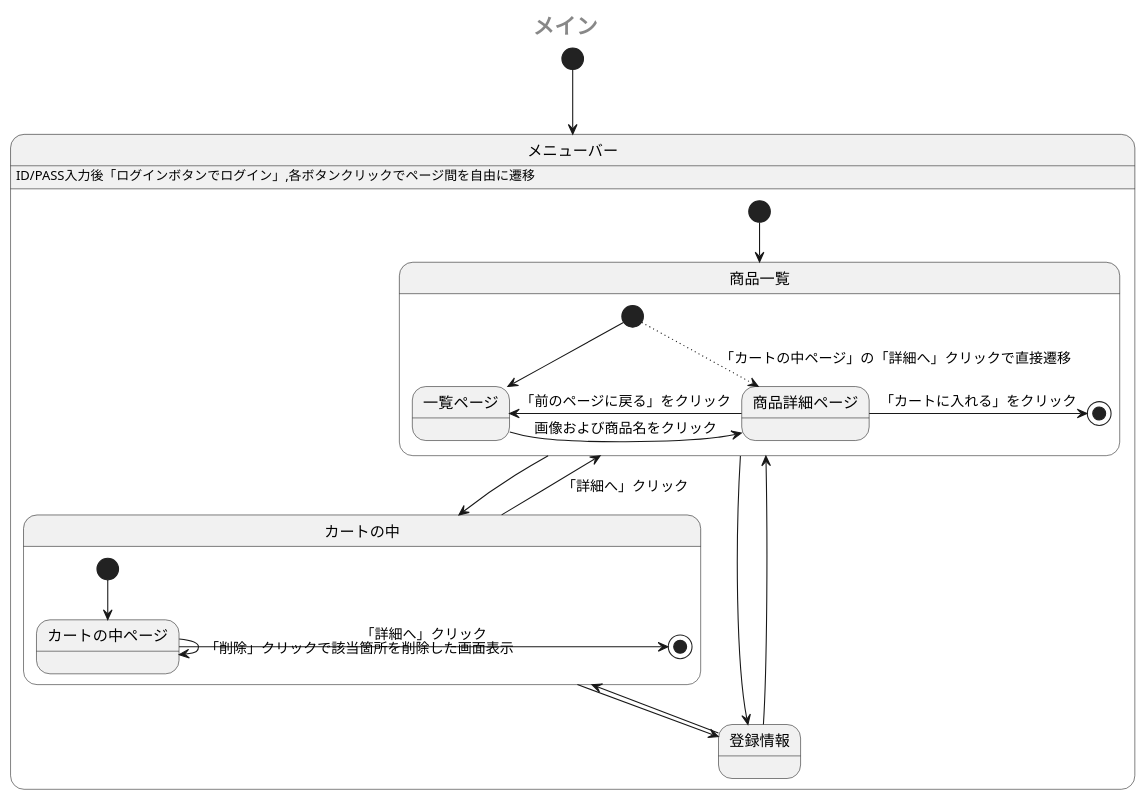
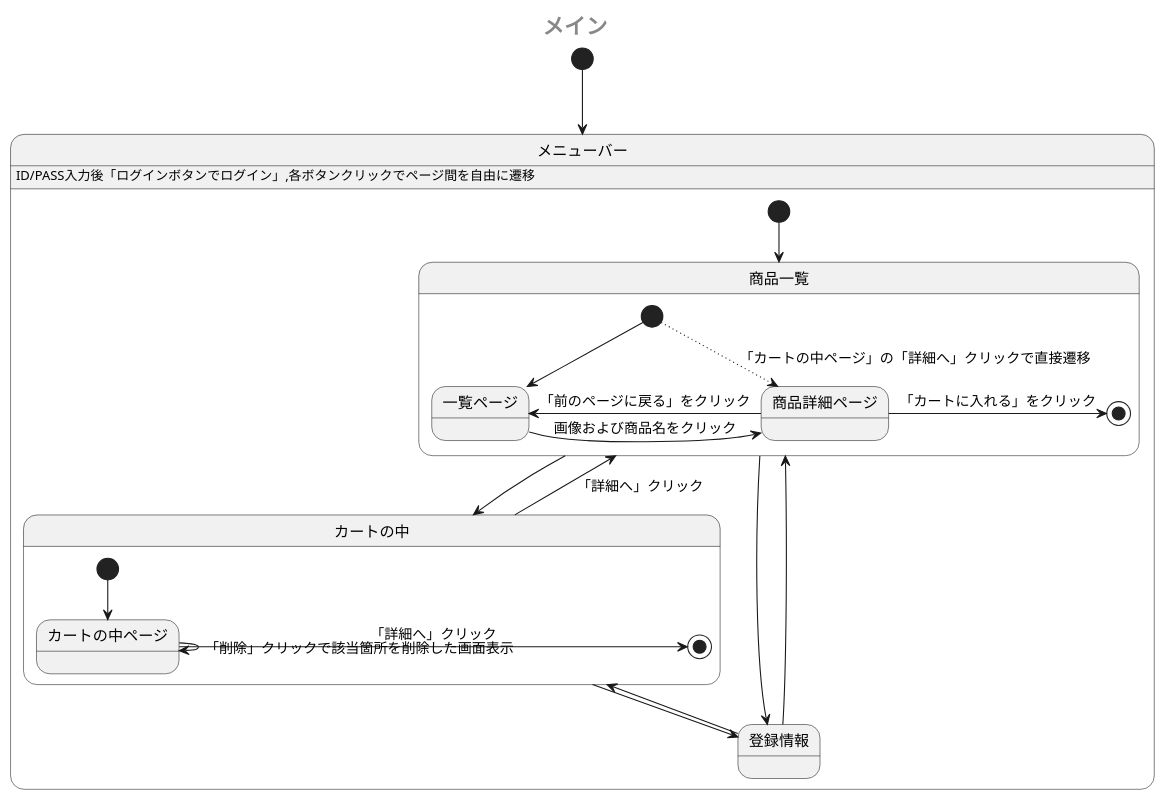
One commit to Aso2001385/2021sys-design changed the first of 2 diagrams in sample/StateMachine.md. Above: the diagram before and after it, drawn with PlantUML.

````diff
--- a/sample/StateMachine.md
+++ b/sample/StateMachine.md
@@ -1,34 +1,35 @@
 ```uml
 @startuml
  center header <size:20><b>メイン</b></size>
  [*] --> メニューバー
  state メニューバー {
    メニューバー: ID/PASS入力後「ログインボタンでログイン」,各ボタンクリックでページ間を自由に遷移
    [*] --> 商品一覧
    state 商品一覧 {
     [*] --> 一覧ページ
     [*] -[dotted]-> 商品詳細ページ: 「カートの中ページ」の「詳細へ」クリックで直接遷移
     一覧ページ -right-> 商品詳細ページ: 画像および商品名をクリック
     商品詳細ページ -left-> 一覧ページ: 「前のページに戻る」をクリック
     商品詳細ページ -right-> [*]: 「カートに入れる」をクリック
     
    }
    商品一覧 -down-> カートの中
    state カートの中 {
     [*] --> カートの中ページ
     カートの中ページ -right-> [*]:「詳細へ」クリック
     カートの中ページ -down-> カートの中ページ: 「削除」クリックで該当箇所を削除した画面表示
+    カートの中ページ -[hidden]-> カートの中ページ
    }
    カートの中 -up-> 商品一覧:「詳細へ」クリック
    カートの中 -down-> 登録情報
    登録情報 -up-> カートの中
    商品一覧 -right-> 登録情報
    商品一覧 -[hidden]> 登録情報
    登録情報 -left-> 商品一覧
    登録情報 -[hidden]> 商品一覧
    
 
  }
  
 @enduml
 ```
````
